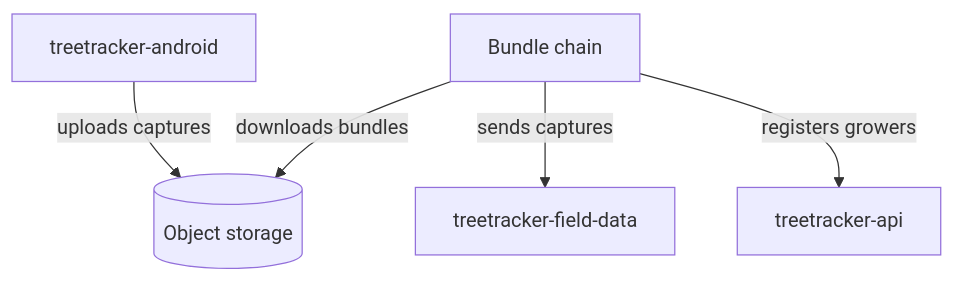
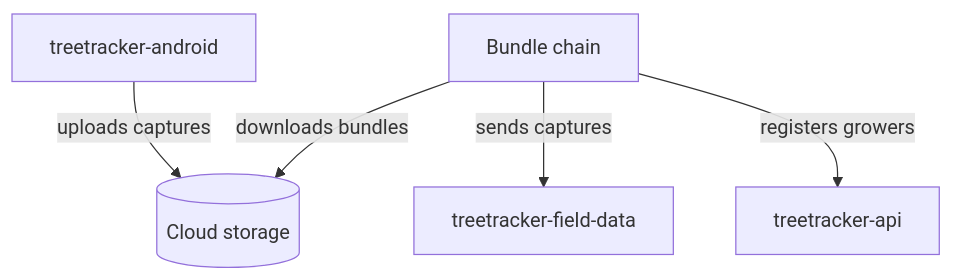
Before and after one commit to arnoldcastro5000/understand-greenstand: the first of 6 diagrams in ARCHITECTURE.md, drawn with Mermaid. The commit also changed other lines of this file and 22 other files, not shown here.

````diff
--- a/ARCHITECTURE.md
+++ b/ARCHITECTURE.md
@@ -27,12 +27,12 @@
 ```mermaid
 flowchart TB
   n_treetracker_android["treetracker-android"]
-  n_storage[("Object storage")]
+  n_storage[("Cloud storage")]
   n_bundles["Bundle chain"]
   n_treetracker_field_data["treetracker-field-data"]
   n_treetracker_api["treetracker-api"]
   n_treetracker_android -->|"uploads captures"| n_storage
   n_bundles -->|"downloads bundles"| n_storage
   n_bundles -->|"sends captures"| n_treetracker_field_data
   n_bundles -->|"registers growers"| n_treetracker_api
 ```
````
